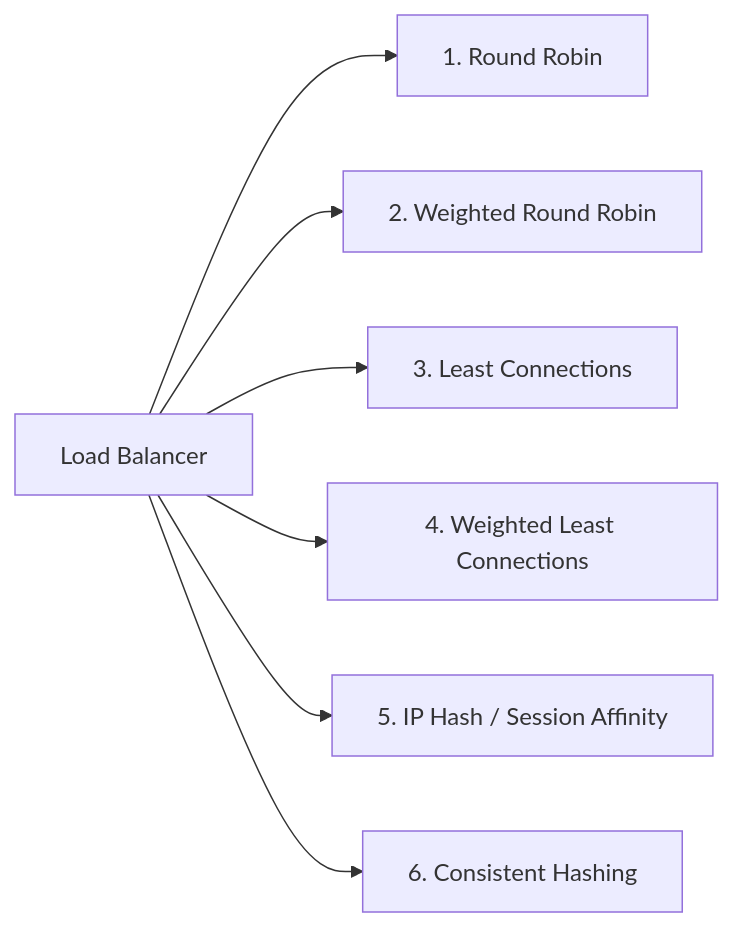
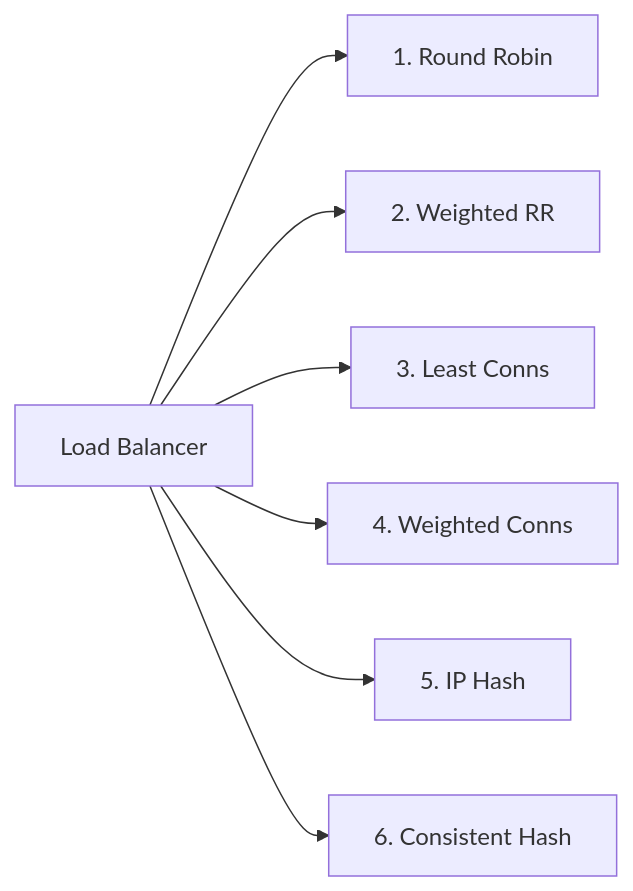
The second of 4 diagrams in strivers-hld/04-Load-Balancing-and-Proxies/README.md (Sourav108/strivers-lld), drawn with Mermaid before and after one commit. The commit also changed other lines of this file and 39 other files, not shown here.

Commit message:
fix(mermaid): wrap node labels, simplify diamonds, and reformat wide diagrams for perfect GitHub rendering

````diff
--- a/strivers-hld/04-Load-Balancing-and-Proxies/README.md
+++ b/strivers-hld/04-Load-Balancing-and-Proxies/README.md
@@ -31,9 +31,9 @@
 ```mermaid
 flowchart LR
     LB["Load Balancer"] --> Alg1["1. Round Robin"]
-    LB --> Alg2["2. Weighted Round Robin"]
-    LB --> Alg3["3. Least Connections"]
-    LB --> Alg4["4. Weighted Least Connections"]
-    LB --> Alg5["5. IP Hash / Session Affinity"]
-    LB --> Alg6["6. Consistent Hashing"]
+    LB --> Alg2["2. Weighted RR"]
+    LB --> Alg3["3. Least Conns"]
+    LB --> Alg4["4. Weighted Conns"]
+    LB --> Alg5["5. IP Hash"]
+    LB --> Alg6["6. Consistent Hash"]
 ```
````
